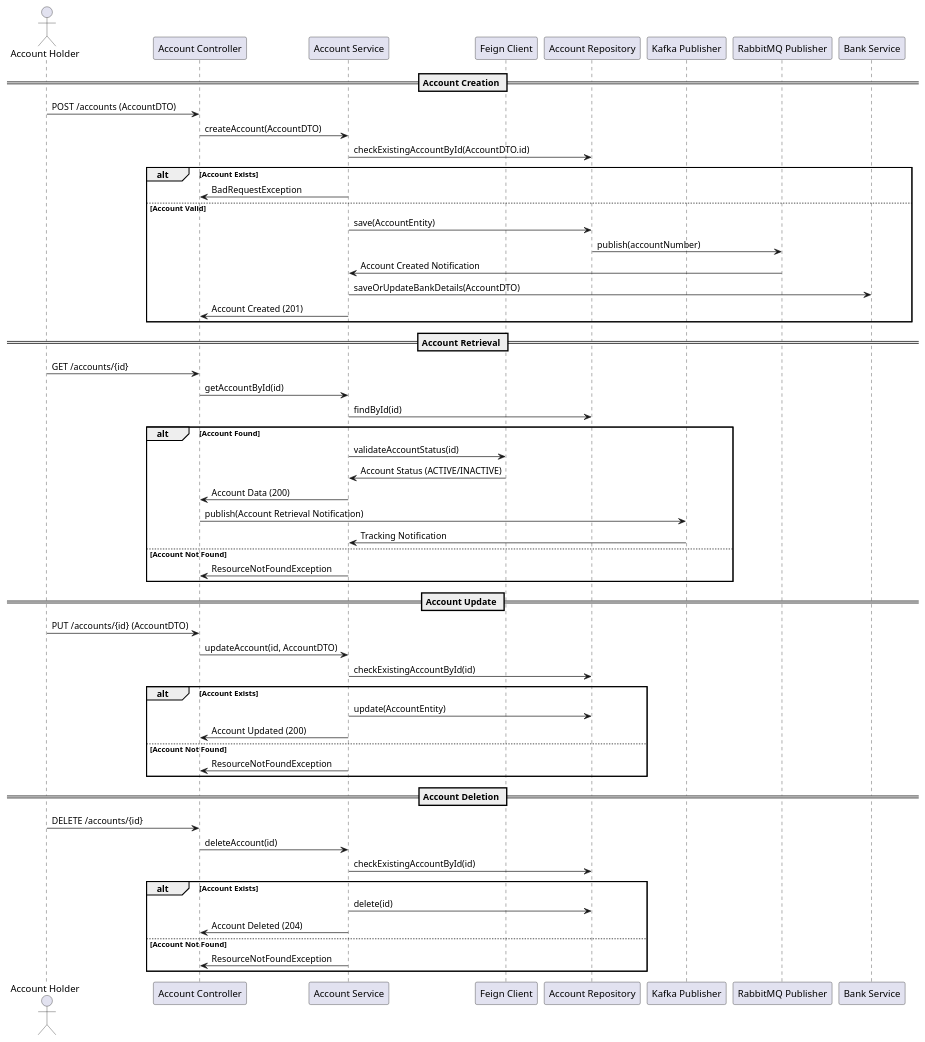
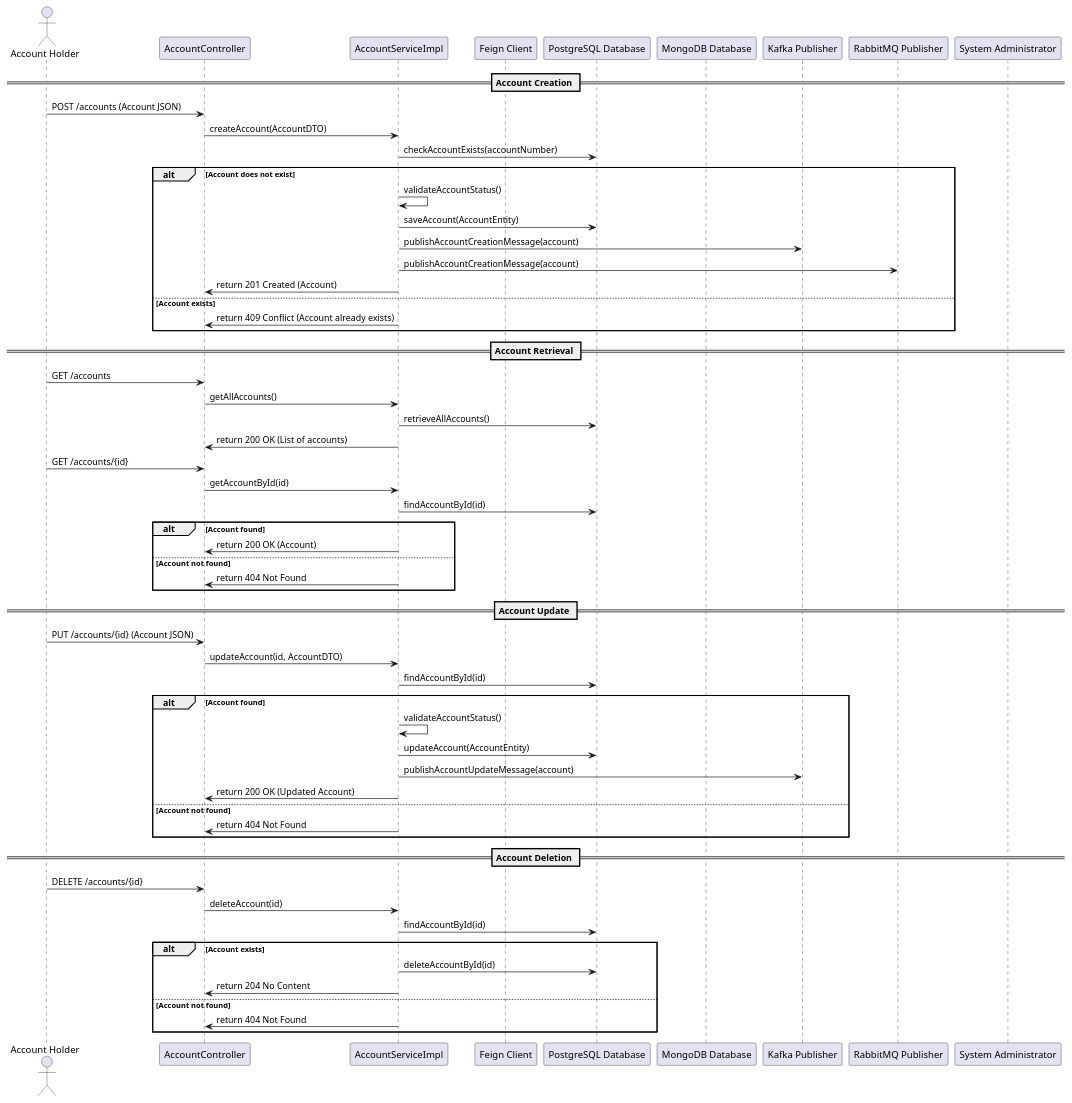
One commit to Bhaskar-Pavan/AccountService changed the diagram in design_document/Account_service.md. Above: the diagram before and after it, drawn with PlantUML. The commit also changed other lines of this file, not shown here.

````diff
--- a/design_document/Account_service.md
+++ b/design_document/Account_service.md
@@ -40,63 +37,67 @@
 ```plantuml
 @startuml
-actor "Account Holder" as User
-participant "Account Controller" as Controller
-participant "Account Service" as Service
-participant "Feign Client" as Feign
-participant "Account Repository" as Repository
-participant "Kafka Publisher" as Kafka
-participant "RabbitMQ Publisher" as RabbitMQ
-participant "Bank Service" as BankService
+actor "Account Holder" as AH
+participant "AccountController" as AC
+participant "AccountServiceImpl" as AS
+participant "Feign Client" as FC
+participant "PostgreSQL Database" as PG
+participant "MongoDB Database" as MG
+participant "Kafka Publisher" as KP
+participant "RabbitMQ Publisher" as RP
+participant "System Administrator" as SA
 
 == Account Creation ==
-User -> Controller : POST /accounts (AccountDTO)
-Controller -> Service : createAccount(AccountDTO)
-Service -> Repository : checkExistingAccountById(AccountDTO.id)
-alt Account Exists
-    Service -> Controller : BadRequestException
-else Account Valid
-    Service -> Repository : save(AccountEntity)
-    Repository -> RabbitMQ : publish(accountNumber)
-    RabbitMQ -> Service : Account Created Notification
-    Service -> BankService : saveOrUpdateBankDetails(AccountDTO)
-    Service -> Controller : Account Created (201)
+AH -> AC : POST /accounts (Account JSON)
+AC -> AS : createAccount(AccountDTO)
+AS -> PG : checkAccountExists(accountNumber)
+alt Account does not exist
+    AS -> AS : validateAccountStatus()
+    AS -> PG : saveAccount(AccountEntity)
+    AS -> KP : publishAccountCreationMessage(account)
+    AS -> RP : publishAccountCreationMessage(account)
+    AS -> AC : return 201 Created (Account)
+else Account exists
+    AS -> AC : return 409 Conflict (Account already exists)
 end
 
 == Account Retrieval ==
-User -> Controller : GET /accounts/{id}
-Controller -> Service : getAccountById(id)
-Service -> Repository : findById(id)
-alt Account Found
-    Service -> Feign : validateAccountStatus(id)
-    Feign -> Service : Account Status (ACTIVE/INACTIVE)
-    Service -> Controller : Account Data (200)
-    Controller -> Kafka : publish(Account Retrieval Notification)
-    Kafka -> Service : Tracking Notification
-else Account Not Found
-    Service -> Controller : ResourceNotFoundException
+AH -> AC : GET /accounts
+AC -> AS : getAllAccounts()
+AS -> PG : retrieveAllAccounts()
+AS -> AC : return 200 OK (List of accounts)
+
+AH -> AC : GET /accounts/{id}
+AC -> AS : getAccountById(id)
+AS -> PG : findAccountById(id)
+alt Account found
+    AS -> AC : return 200 OK (Account)
+else Account not found
+    AS -> AC : return 404 Not Found
 end
 
 == Account Update ==
-User -> Controller : PUT /accounts/{id} (AccountDTO)
-Controller -> Service : updateAccount(id, AccountDTO)
-Service -> Repository : checkExistingAccountById(id)
-alt Account Exists
-    Service -> Repository : update(AccountEntity)
-    Service -> Controller : Account Updated (200)
-else Account Not Found
-    Service -> Controller : ResourceNotFoundException
+AH -> AC : PUT /accounts/{id} (Account JSON)
+AC -> AS : updateAccount(id, AccountDTO)
+AS -> PG : findAccountById(id)
+alt Account found
+    AS -> AS : validateAccountStatus()
+    AS -> PG : updateAccount(AccountEntity)
+    AS -> KP : publishAccountUpdateMessage(account)
+    AS -> AC : return 200 OK (Updated Account)
+else Account not found
+    AS -> AC : return 404 Not Found
 end
 
 == Account Deletion ==
-User -> Controller : DELETE /accounts/{id}
-Controller -> Service : deleteAccount(id)
-Service -> Repository : checkExistingAccountById(id)
-alt Account Exists
-    Service -> Repository : delete(id)
-    Service -> Controller : Account Deleted (204)
-else Account Not Found
-    Service -> Controller : ResourceNotFoundException
+AH -> AC : DELETE /accounts/{id}
+AC -> AS : deleteAccount(id)
+AS -> PG : findAccountById(id)
+alt Account exists
+    AS -> PG : deleteAccountById(id)
+    AS -> AC : return 204 No Content
+else Account not found
+    AS -> AC : return 404 Not Found
 end
 
 @enduml
 ```
````
